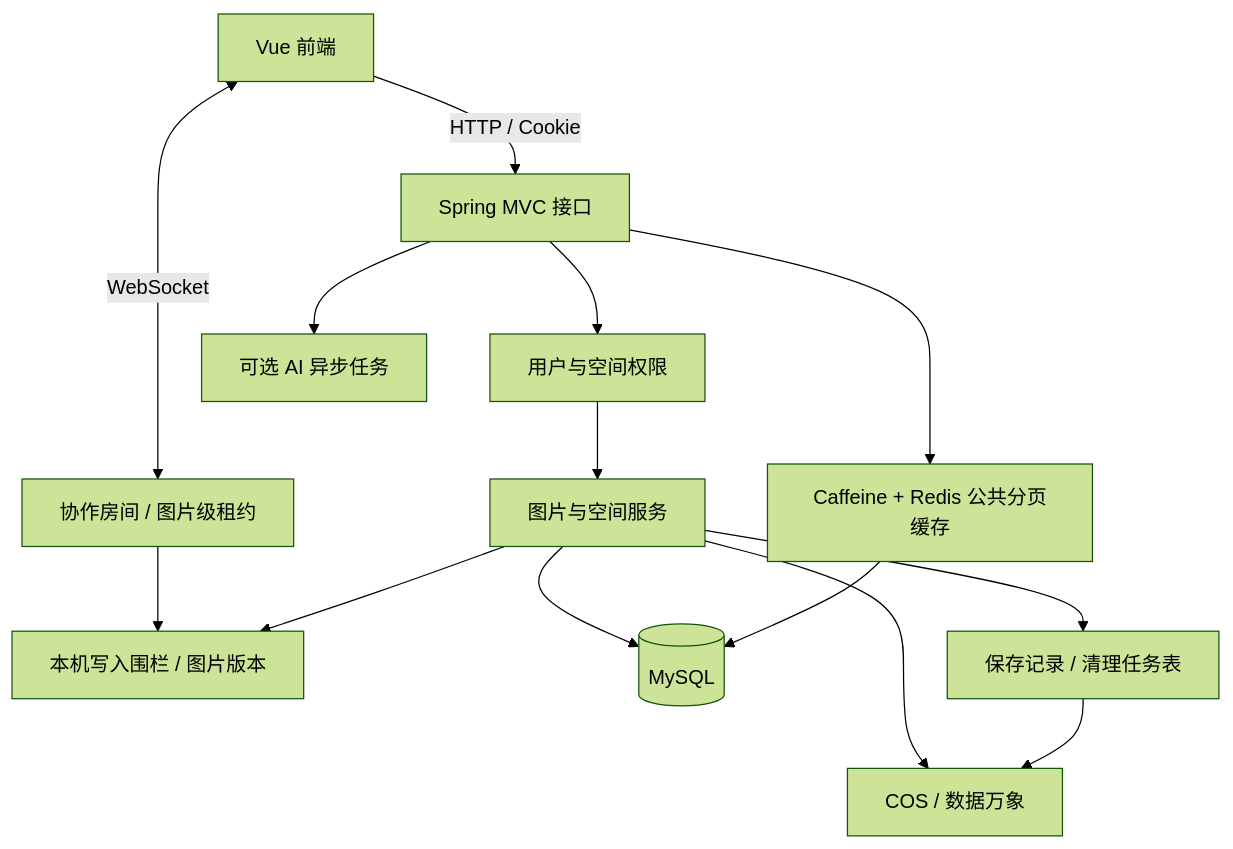
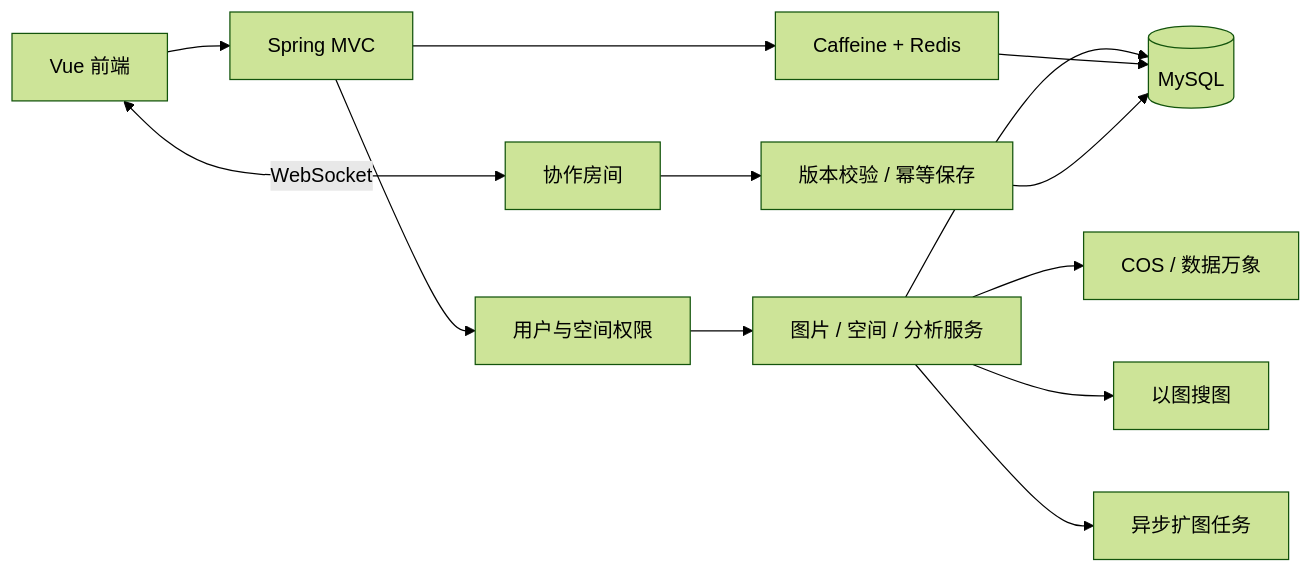
Before and after one commit to richardxis/moxiang-gallery: the diagram in README.md, drawn with Mermaid (forest theme). The commit also changed other lines of this file and 56 other files, not shown here.

````diff
--- a/README.md
+++ b/README.md
@@ -35,16 +29,15 @@
 ```mermaid
-flowchart TD
-    UI[Vue 前端] -->|HTTP / Cookie| API[Spring MVC 接口]
-    UI <-->|WebSocket| ROOM[协作房间 / 图片级租约]
+flowchart LR
+    WEB[Vue 前端] --> API[Spring MVC]
+    WEB <-->|WebSocket| ROOM[协作房间]
     API --> AUTH[用户与空间权限]
-    AUTH --> SERVICE[图片与空间服务]
-    ROOM --> GATE[本机写入围栏 / 图片版本]
-    SERVICE --> GATE
-    SERVICE --> DB[(MySQL)]
-    SERVICE --> COS[COS / 数据万象]
-    API --> CACHE[Caffeine + Redis 公共分页缓存]
+    AUTH --> BIZ[图片 / 空间 / 分析服务]
+    BIZ --> DB[(MySQL)]
+    API --> CACHE[Caffeine + Redis]
     CACHE --> DB
-    SERVICE --> JOURNAL[保存记录 / 清理任务表]
-    JOURNAL --> COS
-    API --> AI[可选 AI 异步任务]
+    BIZ --> COS[COS / 数据万象]
+    BIZ --> SEARCH[以图搜图]
+    BIZ --> AI[异步扩图任务]
+    ROOM --> SAVE[版本校验 / 幂等保存]
+    SAVE --> DB
 ```
````
